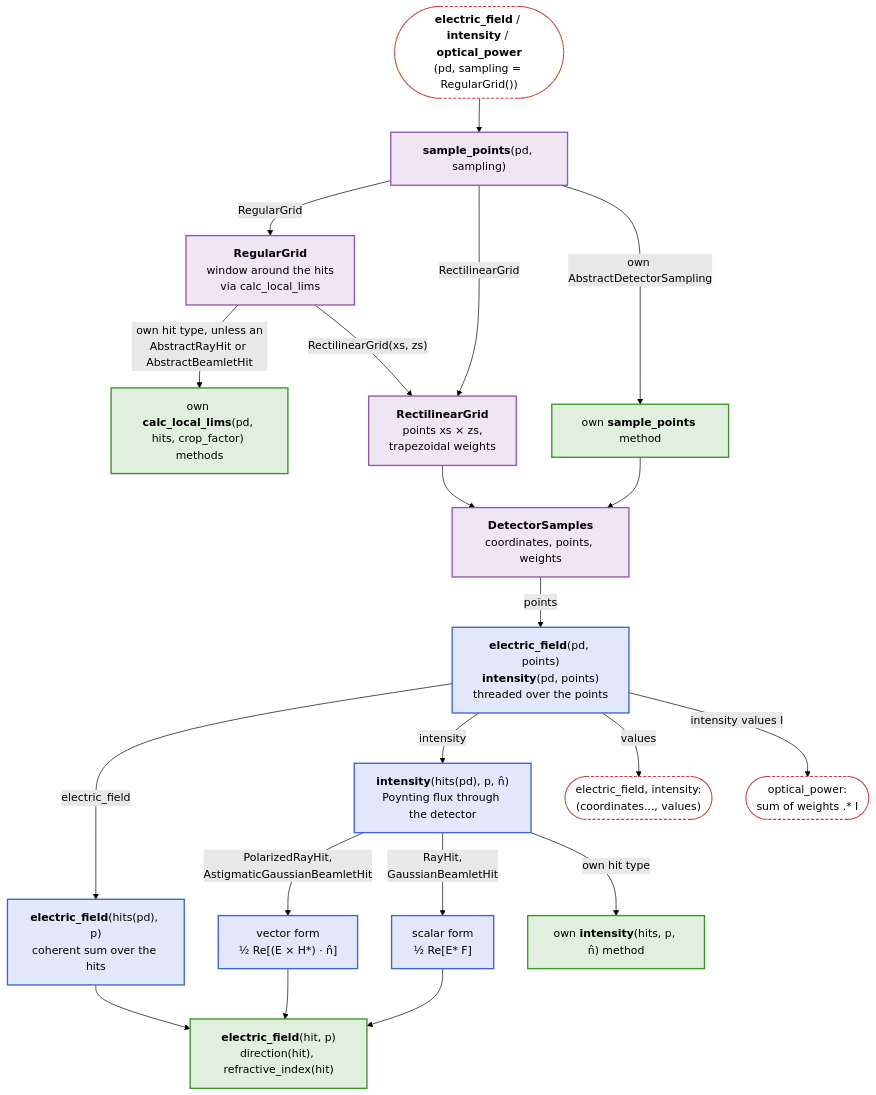
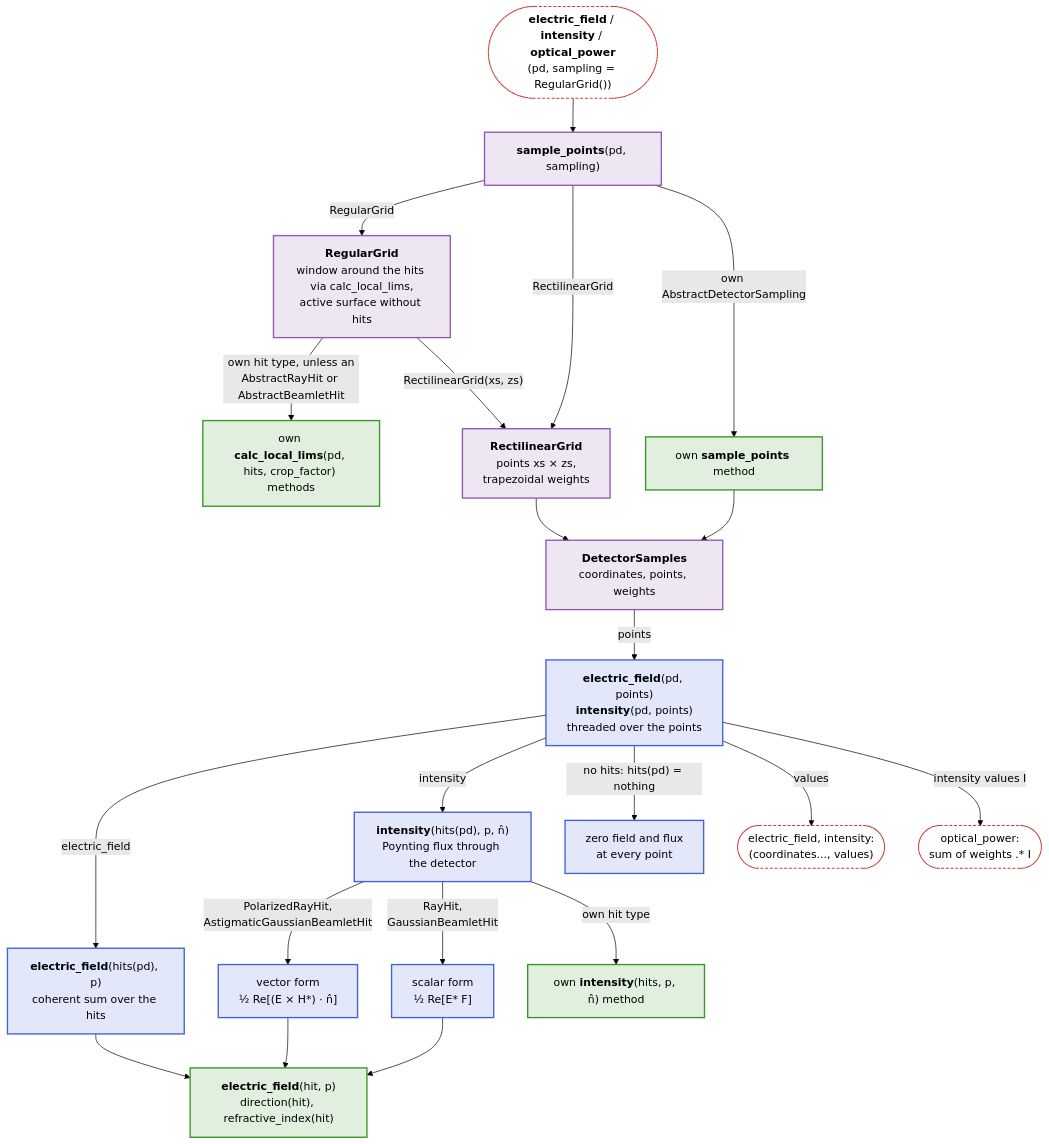
The second of 3 diagrams in docs/src/basics/components/detectors.md (JuliaPhysics/BeamletOptics.jl), drawn with Mermaid (forest theme) before and after one commit. The commit also changed other lines of this file and 15 other files, not shown here.

````diff
--- a/docs/src/basics/components/detectors.md
+++ b/docs/src/basics/components/detectors.md
@@ -116,31 +131,32 @@
 ```mermaid
 flowchart TB
     R(["<b>electric_field</b> / <b>intensity</b> / <b>optical_power</b><br/>(pd, sampling = RegularGrid())"]) --> SP["<b>sample_points</b>(pd, sampling)"]
-    SP -- RegularGrid --> RG["<b>RegularGrid</b><br/>window around the hits<br/>via calc_local_lims"]
+    SP -- RegularGrid --> RG["<b>RegularGrid</b><br/>window around the hits via calc_local_lims,<br/>active surface without hits"]
     SP -- RectilinearGrid --> RL["<b>RectilinearGrid</b><br/>points xs × zs,<br/>trapezoidal weights"]
     SP -- "own AbstractDetectorSampling" --> OWN["own <b>sample_points</b> method"]
     RG -- "own hit type, unless an<br/>AbstractRayHit or AbstractBeamletHit" --> LIM["own <b>calc_local_lims</b>(pd, hits, crop_factor) methods"]
     RG -- "RectilinearGrid(xs, zs)" --> RL
     RL --> DS["<b>DetectorSamples</b><br/>coordinates, points, weights"]
     OWN --> DS
     DS -- points --> PT["<b>electric_field</b>(pd, points)<br/><b>intensity</b>(pd, points)<br/>threaded over the points"]
     PT -- "electric_field" --> SUM["<b>electric_field</b>(hits(pd), p)<br/>coherent sum over the hits"]
     PT -- "intensity" --> IH["<b>intensity</b>(hits(pd), p, n̂)<br/>Poynting flux through the detector"]
     IH -- "PolarizedRayHit,<br/>AstigmaticGaussianBeamletHit" --> IV["vector form<br/>½ Re[(E × H*) · n̂]"]
     IH -- "RayHit,<br/>GaussianBeamletHit" --> IS["scalar form<br/>½ Re[E* F]"]
     IH -- "own hit type" --> OWNI["own <b>intensity</b>(hits, p, n̂) method"]
+    PT -- "no hits: hits(pd) = nothing" --> ZERO["zero field and flux<br/>at every point"]
     SUM --> EF["<b>electric_field</b>(hit, p)<br/>direction(hit), refractive_index(hit)"]
     IV --> EF
     IS --> EF
     PT -- "values" --> RET(["electric_field, intensity:<br/>(coordinates..., values)"])
     PT -- "intensity values I" --> OP(["optical_power:<br/>sum of weights .* I"])
 
     classDef blue fill:#4063D826,stroke:#4063D8,stroke-width:2px
     classDef green fill:#38982626,stroke:#389826,stroke-width:2px
     classDef purple fill:#9558B226,stroke:#9558B2,stroke-width:2px
     classDef terminal fill:transparent,stroke:#CB3C33,stroke-width:1.5px,stroke-dasharray:4 3
     class SP,RG,RL,DS purple
-    class PT,SUM,IH,IV,IS blue
+    class PT,SUM,IH,IV,IS,ZERO blue
     class OWN,LIM,OWNI,EF green
     class R,RET,OP terminal
 ```
````
